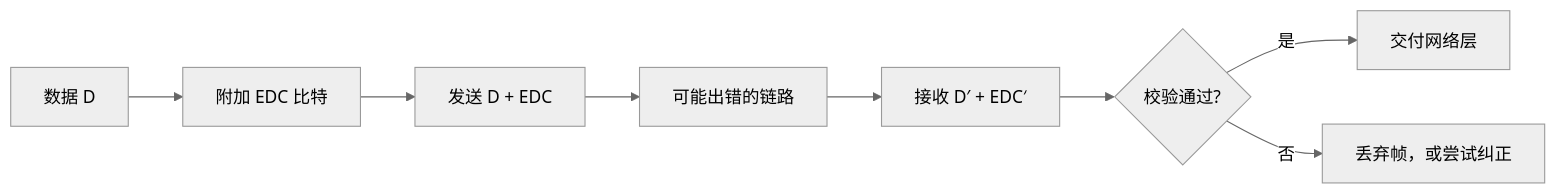
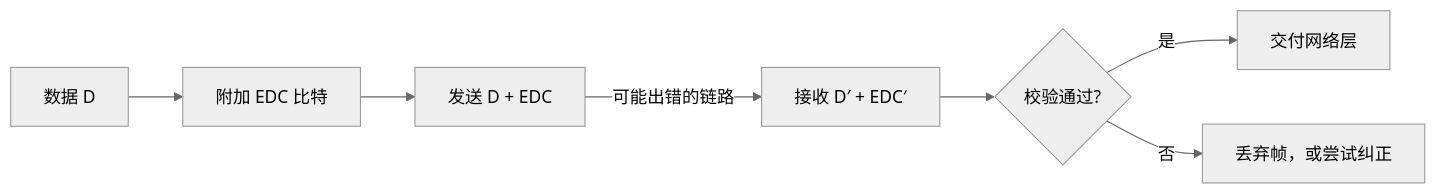
One commit to Meer-Matze/Meer-Matze.github.io changed the third of 13 diagrams in src/content/posts/链路层和局域网.md. Above: the diagram before and after it, drawn with Mermaid (neutral theme). The commit also changed other lines of this file, not shown here.

````diff
--- a/src/content/posts/链路层和局域网.md
+++ b/src/content/posts/链路层和局域网.md
@@ -184,10 +158,9 @@
 ```mermaid
 flowchart LR
     D["数据 D"] --> E["附加 EDC 比特"]
     E --> T["发送 D + EDC"]
-    T --> L["可能出错的链路"]
-    L --> R["接收 D′ + EDC′"]
+    T -->|可能出错的链路| R["接收 D′ + EDC′"]
     R --> C{"校验通过?"}
     C -->|"是"| OK["交付网络层"]
     C -->|"否"| BAD["丢弃帧，或尝试纠正"]
 ```
````
